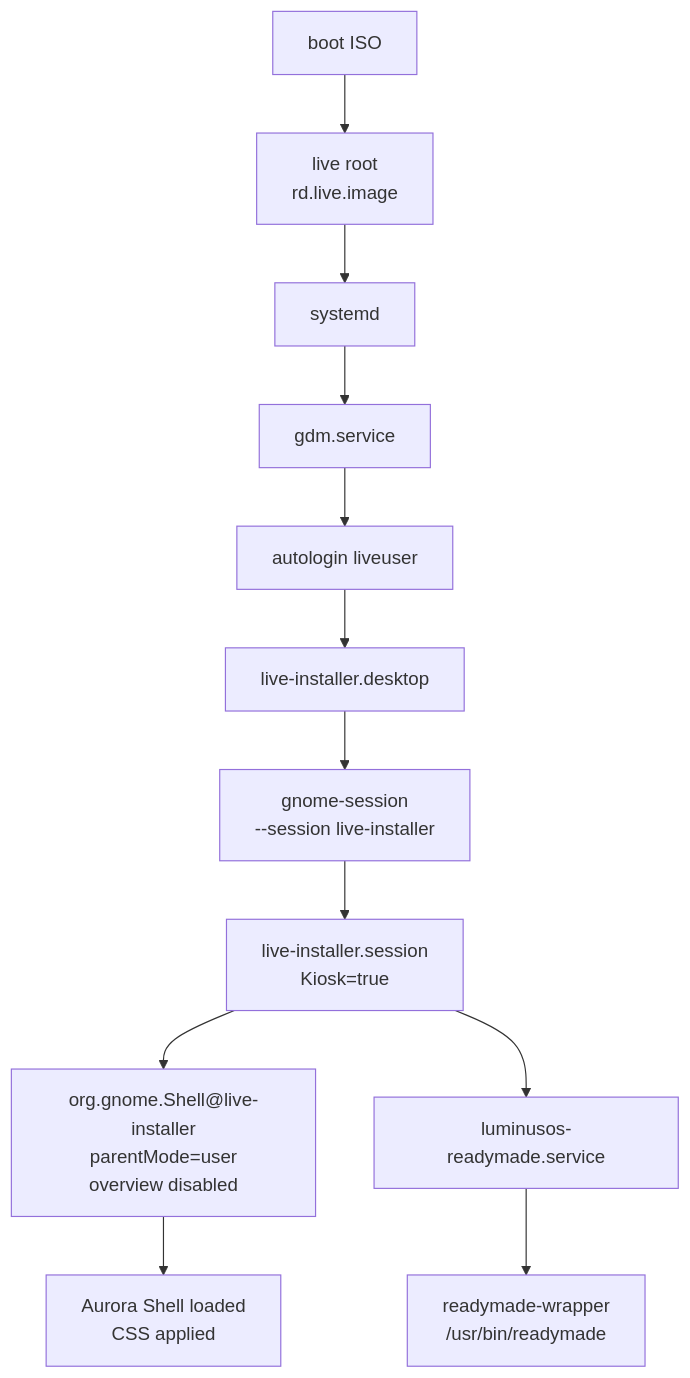
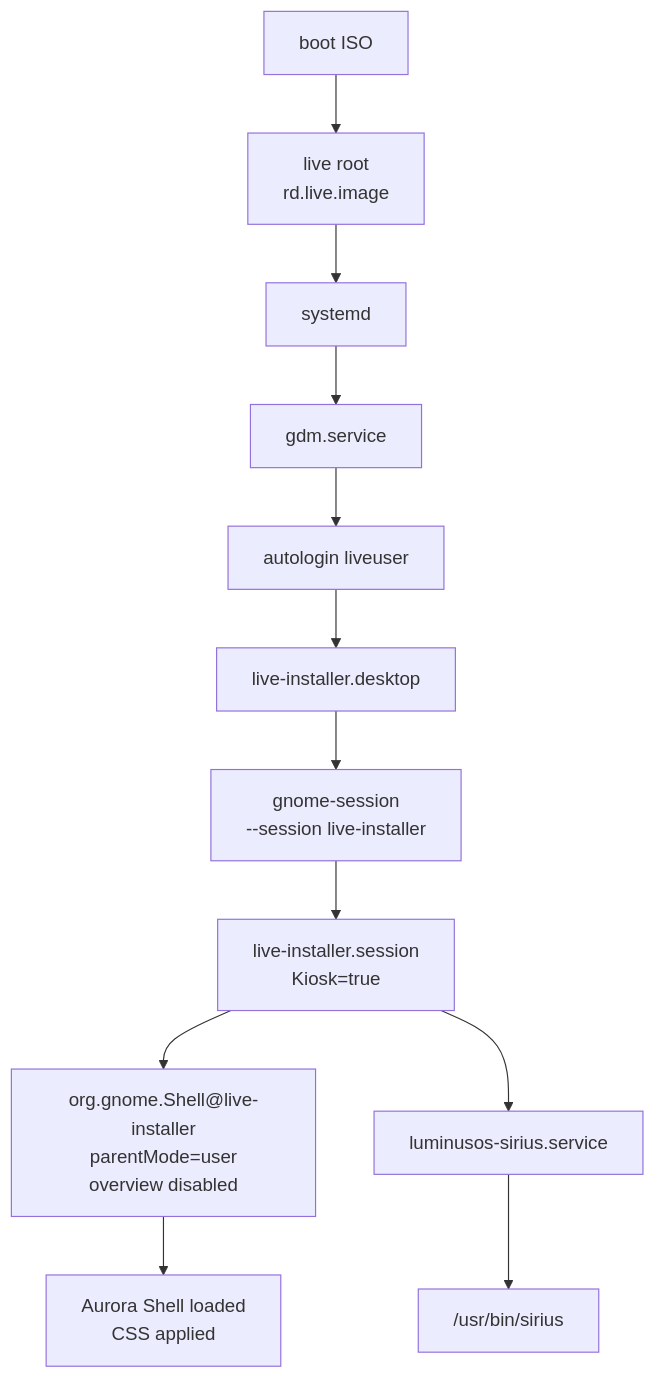
One commit to luminusOS/images changed the sixth of 14 diagrams in ARCHITECTURE.md. Above: the diagram before and after it, drawn with Mermaid. The commit also changed other lines of this file and 48 other files, not shown here.

First line of the commit message:
feat!: migrate the live ISO installer from ReadyMade to Sirius

````diff
--- a/ARCHITECTURE.md
+++ b/ARCHITECTURE.md
@@ -323,19 +312,19 @@
 ```mermaid
 flowchart TD
     BootISO["boot ISO"]
     LiveRoot["live root<br/>rd.live.image"]
     Systemd["systemd"]
     GDM["gdm.service"]
     Autologin["autologin liveuser"]
     DesktopFile["live-installer.desktop"]
     GnomeSession["gnome-session<br/>--session live-installer"]
     Kiosk["live-installer.session<br/>Kiosk=true"]
     ShellMode["org.gnome.Shell@live-installer<br/>parentMode=user<br/>overview disabled"]
     Aurora["Aurora Shell loaded<br/>CSS applied"]
-    ReadyMadeService["luminusos-readymade.service"]
-    ReadyMade["readymade-wrapper<br/>/usr/bin/readymade"]
+    SiriusService["luminusos-sirius.service"]
+    Sirius["/usr/bin/sirius"]
 
     BootISO --> LiveRoot --> Systemd --> GDM --> Autologin --> DesktopFile --> GnomeSession --> Kiosk
     Kiosk --> ShellMode --> Aurora
-    Kiosk --> ReadyMadeService --> ReadyMade
+    Kiosk --> SiriusService --> Sirius
 ```
````
